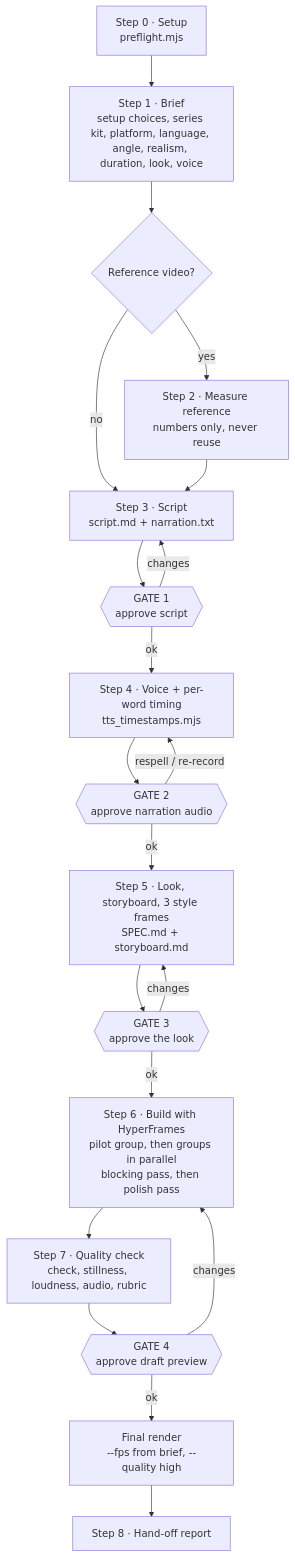
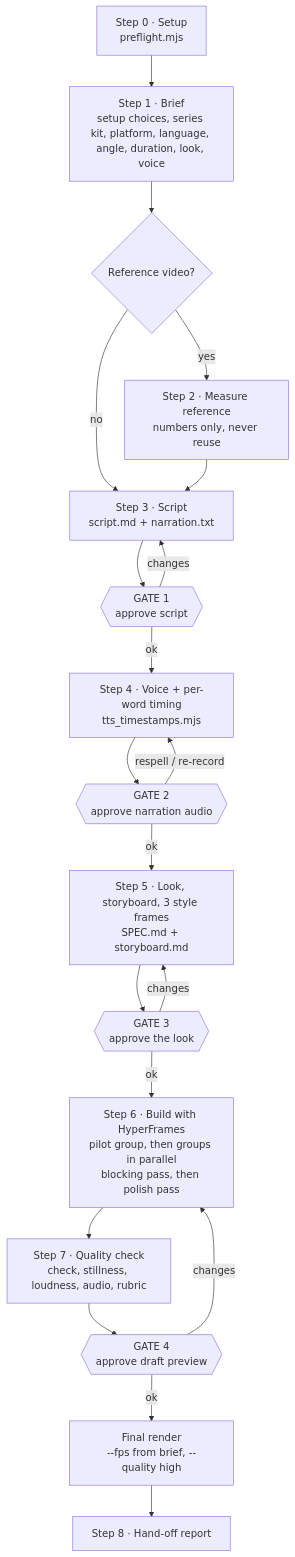
One commit to sandalkuilang/dalang changed the first of 2 diagrams in docs/workflow.md. Above: the diagram before and after it, drawn with Mermaid. The commit also changed 80 other files, not shown here.

````diff
--- a/docs/workflow.md
+++ b/docs/workflow.md
@@ -7,22 +7,22 @@
 ```mermaid
 flowchart TD
-    S0["Step 0 · Setup<br/>preflight.mjs"] --> S1["Step 1 · Brief<br/>setup choices, series kit, platform, language, angle, realism, duration, look, voice"]
+    S0["Step 0 · Setup<br/>preflight.mjs"] --> S1["Step 1 · Brief<br/>setup choices, series kit, platform, language, angle, duration, look, voice"]
     S1 --> S2{"Reference video?"}
     S2 -- yes --> M["Step 2 · Measure reference<br/>numbers only, never reuse"]
     S2 -- no --> S3
     M --> S3["Step 3 · Script<br/>script.md + narration.txt"]
     S3 --> G1{{"GATE 1<br/>approve script"}}
     G1 -- changes --> S3
     G1 -- ok --> S4["Step 4 · Voice + per-word timing<br/>tts_timestamps.mjs"]
     S4 --> G2{{"GATE 2<br/>approve narration audio"}}
     G2 -- respell / re-record --> S4
     G2 -- ok --> S5["Step 5 · Look, storyboard, 3 style frames<br/>SPEC.md + storyboard.md"]
     S5 --> G3{{"GATE 3<br/>approve the look"}}
     G3 -- changes --> S5
     G3 -- ok --> S6["Step 6 · Build with HyperFrames<br/>pilot group, then groups in parallel<br/>blocking pass, then polish pass"]
     S6 --> S7["Step 7 · Quality check<br/>check, stillness, loudness, audio, rubric"]
     S7 --> G4{{"GATE 4<br/>approve draft preview"}}
     G4 -- changes --> S6
     G4 -- ok --> R["Final render<br/>--fps from brief, --quality high"]
     R --> S8["Step 8 · Hand-off report"]
 ```
````
